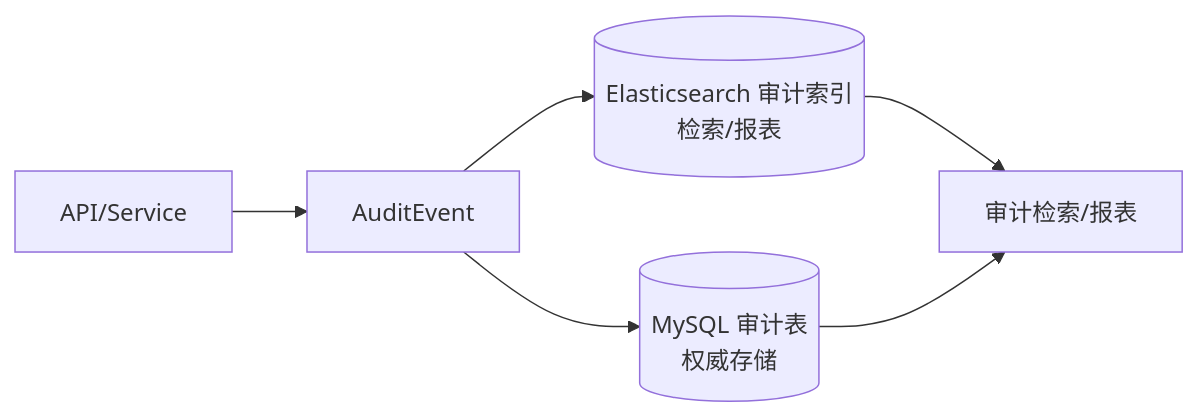
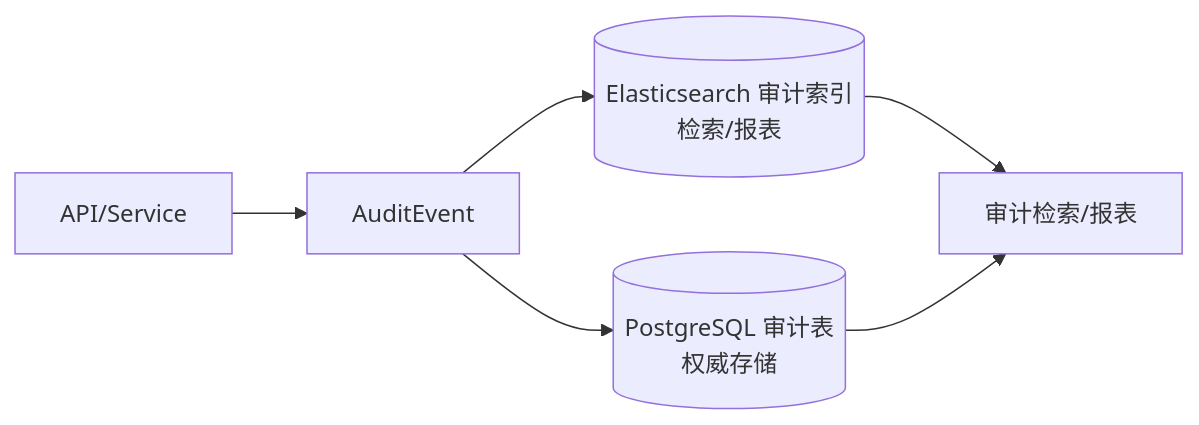
The first of 2 diagrams in docs/16-LOGGING_DESIGN/00-INDEX.md (JianwenShaw/MediAskDocs), drawn with Mermaid before and after one commit. The commit also changed other lines of this file and 15 other files, not shown here.

Commit message:
refactor: 数据库存储架构升级,MySQL + Milvus 方案迁移至 PostgreSQL + PG Vector

````diff
--- a/docs/16-LOGGING_DESIGN/00-INDEX.md
+++ b/docs/16-LOGGING_DESIGN/00-INDEX.md
@@ -251,8 +251,8 @@
 ```mermaid
 flowchart LR
     A[API/Service] --> E[AuditEvent]
-    E --> M[(MySQL 审计表<br/>权威存储)]
+    E --> M[(PostgreSQL 审计表<br/>权威存储)]
     E --> ES[(Elasticsearch 审计索引<br/>检索/报表)]
     ES --> Q[审计检索/报表]
     M --> Q
 ```
````
